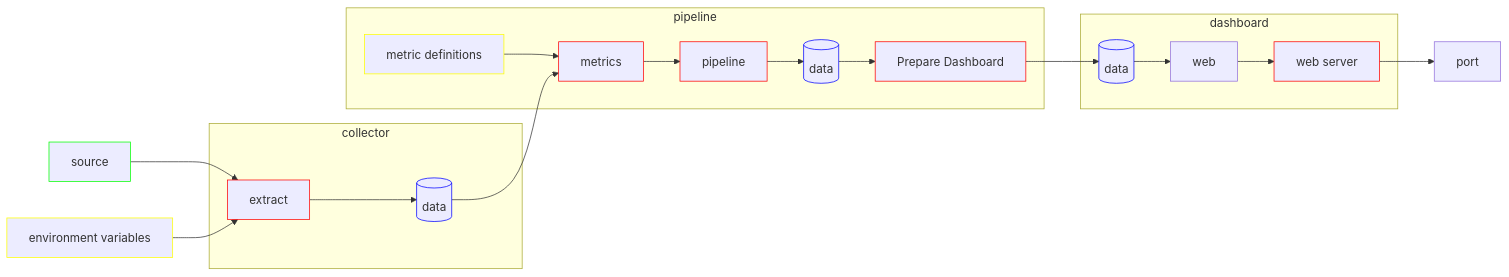
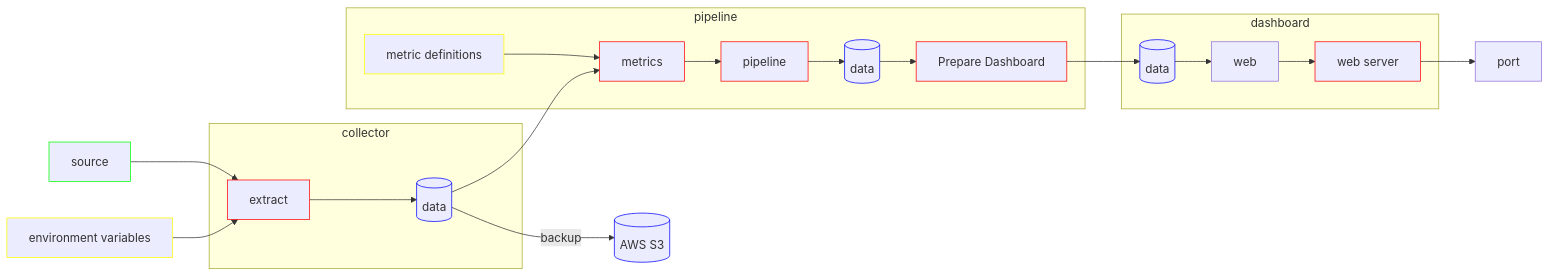
One commit to massyn/automated-security-reporting changed the diagram in README.md. Above: the diagram before and after it, drawn with Mermaid. The commit also changed other lines of this file and 19 other files, not shown here.

````diff
--- a/README.md
+++ b/README.md
@@ -6,49 +6,52 @@
 ```mermaid
 graph LR
     source:::source
     environment[environment variables]:::config
+    s3[(AWS S3)]:::data
+
     subgraph collector
         
         collector.extract[extract]:::code
         collector.data[(data)]:::data
 
         collector.extract --> collector.data
     end
     source --> collector.extract
     environment --> collector.extract
+    collector.data -- backup --> s3
 
     subgraph pipeline
         metrics.definition[metric definitions]:::config
         metrics.process[metrics]:::code
         metrics.pipeline[pipeline]:::code
 
         metrics.data[(data)]:::data
 
         metrics.process --> metrics.pipeline
         metrics.pipeline --> metrics.data
 
         metrics.prepdashboard[Prepare Dashboard]:::code
     end
     metrics.definition --> metrics.process
     collector.data --> metrics.process
     metrics.data --> metrics.prepdashboard
     
     port
     subgraph dashboard
         dashboard.data[(data)]:::data
         dashboard.web[web]
         dashboard.server[web server]:::code
     end
     dashboard.web --> dashboard.server
     dashboard.server --> port
     metrics.prepdashboard --> dashboard.data
     dashboard.data --> dashboard.web
 
     classDef source stroke:#0f0
     classDef data stroke:#00f
     classDef code stroke:#f00
     classDef config stroke:#ff0
 
     classDef dim fill:#f9c6c9,stroke:#000,stroke-width:2px,color:#000;
     classDef calc fill:#c6d8f9,stroke:#000,stroke-width:2px,color:#000;
 ```
````
